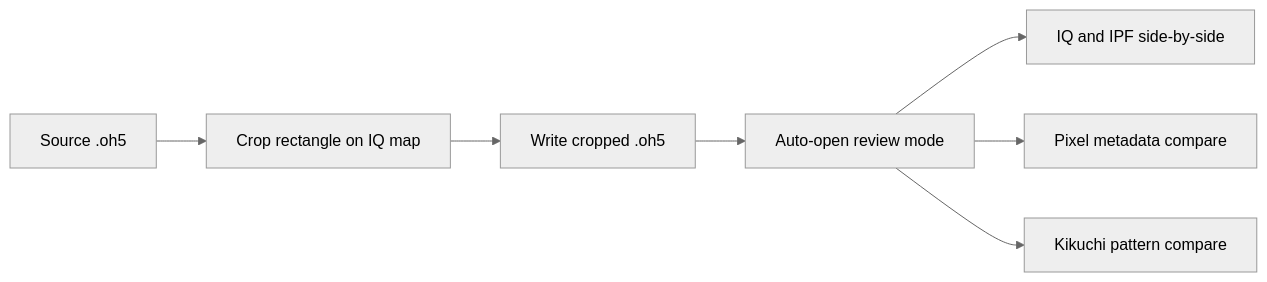
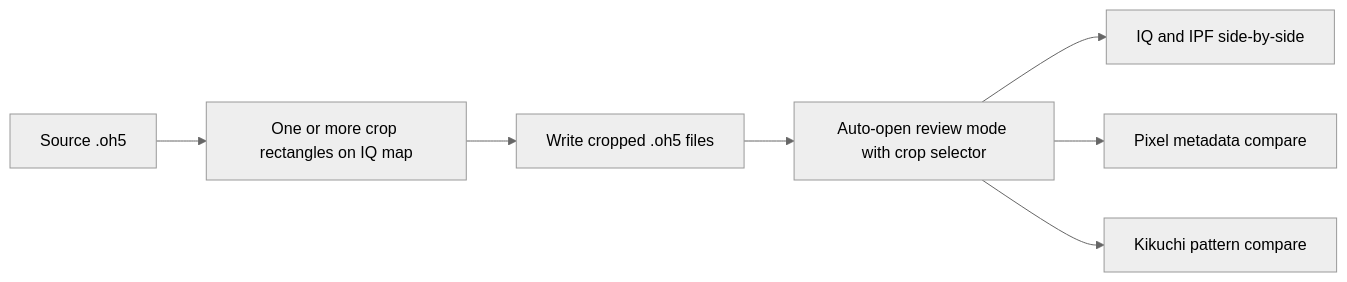
The diagram in docs/site/guis/oh5_crop_gui.md (kvmani/phaseIdCrossCorrelation), drawn with Mermaid (neutral theme) before and after one commit. The commit also changed other lines of this file and 6 other files, not shown here.

Commit message:
Add multi-rectangle OH5 crop export and review selection

````diff
--- a/docs/site/guis/oh5_crop_gui.md
+++ b/docs/site/guis/oh5_crop_gui.md
@@ -23,9 +25,9 @@
 ```{mermaid}
 flowchart LR
-    A["Source .oh5"] --> B["Crop rectangle on IQ map"]
-    B --> C["Write cropped .oh5"]
-    C --> D["Auto-open review mode"]
+    A["Source .oh5"] --> B["One or more crop rectangles on IQ map"]
+    B --> C["Write cropped .oh5 files"]
+    C --> D["Auto-open review mode with crop selector"]
     D --> E["IQ and IPF side-by-side"]
     D --> F["Pixel metadata compare"]
     D --> G["Kikuchi pattern compare"]
 ```
````
